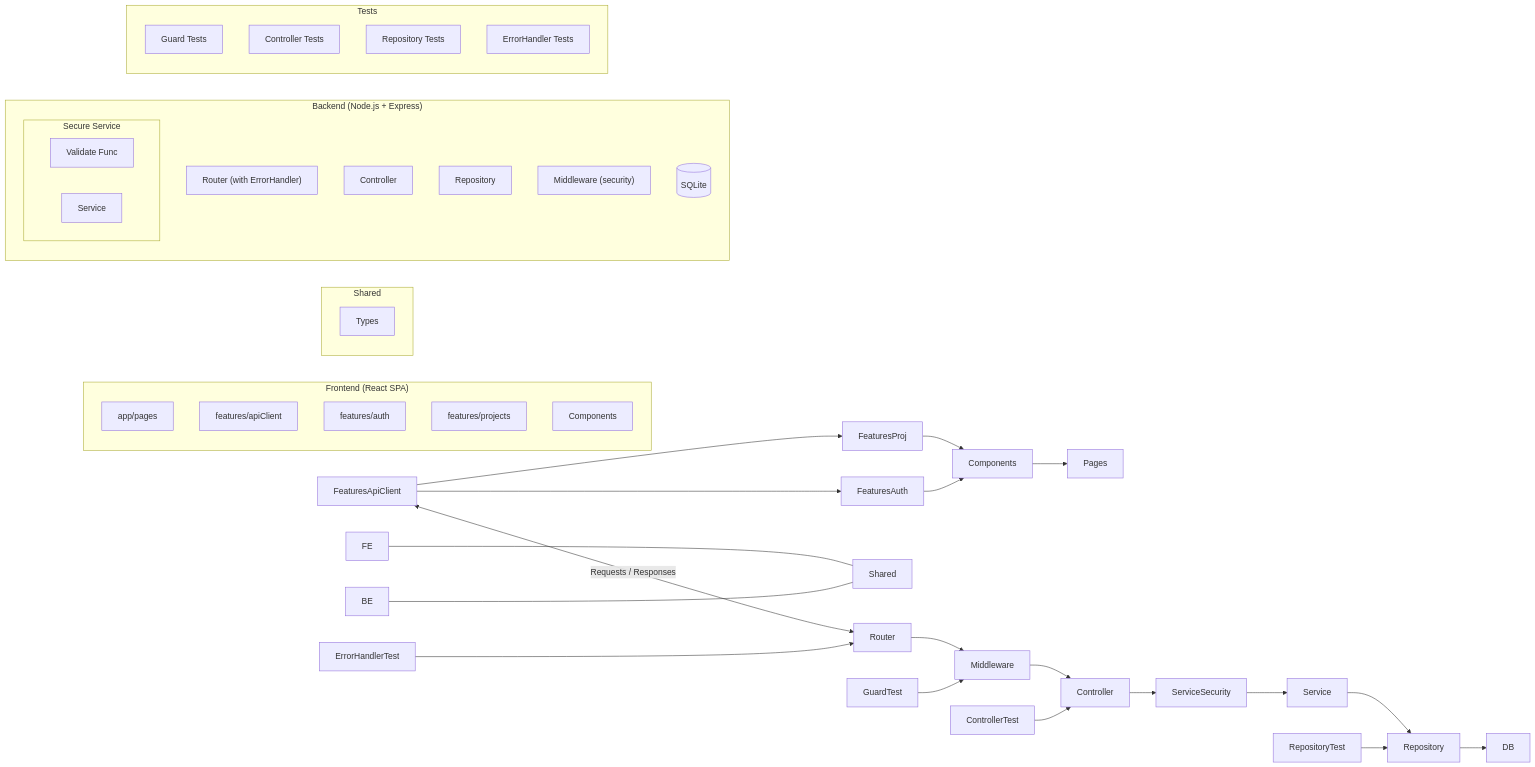
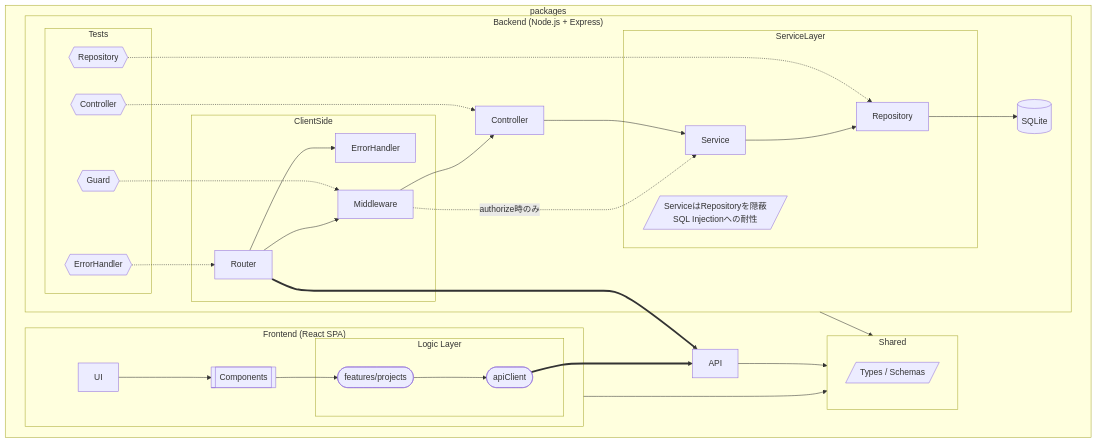
One commit to fujitashuichi/shared-driven-layered-ddd changed the diagram in docs/PortforioFlow.mermaid.md. Above: the diagram before and after it, drawn with Mermaid. The commit also changed 33 other files, not shown here.

````diff
--- a/docs/PortforioFlow.mermaid.md
+++ b/docs/PortforioFlow.mermaid.md
@@ -1,61 +1,69 @@
 ```mermaid
 flowchart LR
-subgraph FE\["Frontend (React SPA)"]
-Pages\[app/pages]
-FeaturesApiClient\[features/apiClient]
-FeaturesAuth\[features/auth]
-FeaturesProj\[features/projects]
-Components\[Components]
-end
+  subgraph packages
+    direction LR
 
-subgraph Shared\["Shared"]
-SharedTypes\["Types"]
-end
+    subgraph BE["Backend (Node.js + Express)"]
+      subgraph Test["Tests"]
+        ErrorHandlerTest{{ErrorHandler}}
+        ControllerTest{{Controller}}
+        GuardTest{{Guard}}
+        RepositoryTest{{Repository}}
+      end
 
-subgraph BE\["Backend (Node.js + Express)"]
-Router\["Router (with ErrorHandler)"]
-Controller\[Controller]
-subgraph SecureService\[Secure Service]
-ServiceSecurity\[Validate Func]
-Service\[Service]
-end
-Repository\[Repository]
-Middleware\["Middleware (security)"]
-DB\[(SQLite)]
-end
+      subgraph ClientSide
+        Router
+        ErrorHandler
+        Middleware["Middleware"]
+      end
+      Controller[Controller]
+      subgraph ServiceLayer
+        note_ServiceLayer[/ServiceはRepositoryを隠蔽\nSQL Injectionへの耐性/]
+        Service
+        Repository[Repository]
+      end
+      DB[(SQLite)]
 
-subgraph Test\["Tests"]
-GuardTest\["Guard Tests"]
-ControllerTest\["Controller Tests"]
-RepositoryTest\["Repository Tests"]
-ErrorHandlerTest\["ErrorHandler Tests"]
-end
+      %% Backend Flow
+      Router --> ErrorHandler
+      Router --> Middleware
+      Middleware --> Controller
+      Middleware -.->|authorize時のみ| Service
+      Controller --> Service
+      Service --> Repository
+      Repository --> DB
 
-%% UI
-FeaturesApiClient --> FeaturesProj
-FeaturesApiClient --> FeaturesAuth
-FeaturesProj --> Components
-FeaturesAuth --> Components
-Components --> Pages
+      %% Tests
+      GuardTest -.-> Middleware
+      ControllerTest -.-> Controller
+      RepositoryTest -.-> Repository
+      ErrorHandlerTest -.-> Router
+    end
 
-%% Frontend/Backend -> Shared
-FE --- Shared
-BE --- Shared
+    subgraph Shared["Shared"]
+      SharedTypes[/Types / Schemas/]
+    end
 
-%% Frontend -> Backend
-FeaturesApiClient <--> |Requests / Responses| Router
+    subgraph FE["Frontend (React SPA)"]
+      subgraph Logic["Logic Layer"]
+        ApiClient([apiClient])
+        Features([features/projects])
+      end
+      Components[[Components]]
+      UI
 
-%% Backend Flow
-Router --> Middleware
-Middleware --> Controller
-Controller --> ServiceSecurity
-ServiceSecurity --> Service
-Service --> Repository
-Repository --> DB
+      %% FE Flow
+      UI --> Components
+      Components --> Features --> ApiClient
+    end
 
-%% Tests
-GuardTest --> Middleware
-ControllerTest --> Controller
-RepositoryTest --> Repository
-ErrorHandlerTest --> Router
+    %% Frontend <-> Backend
+    ApiClient ==> API
+    Router ==> API
+
+    %% -> Shared
+    FE --> Shared
+    BE --> Shared
+    API --> Shared
+  end
 ```
````
